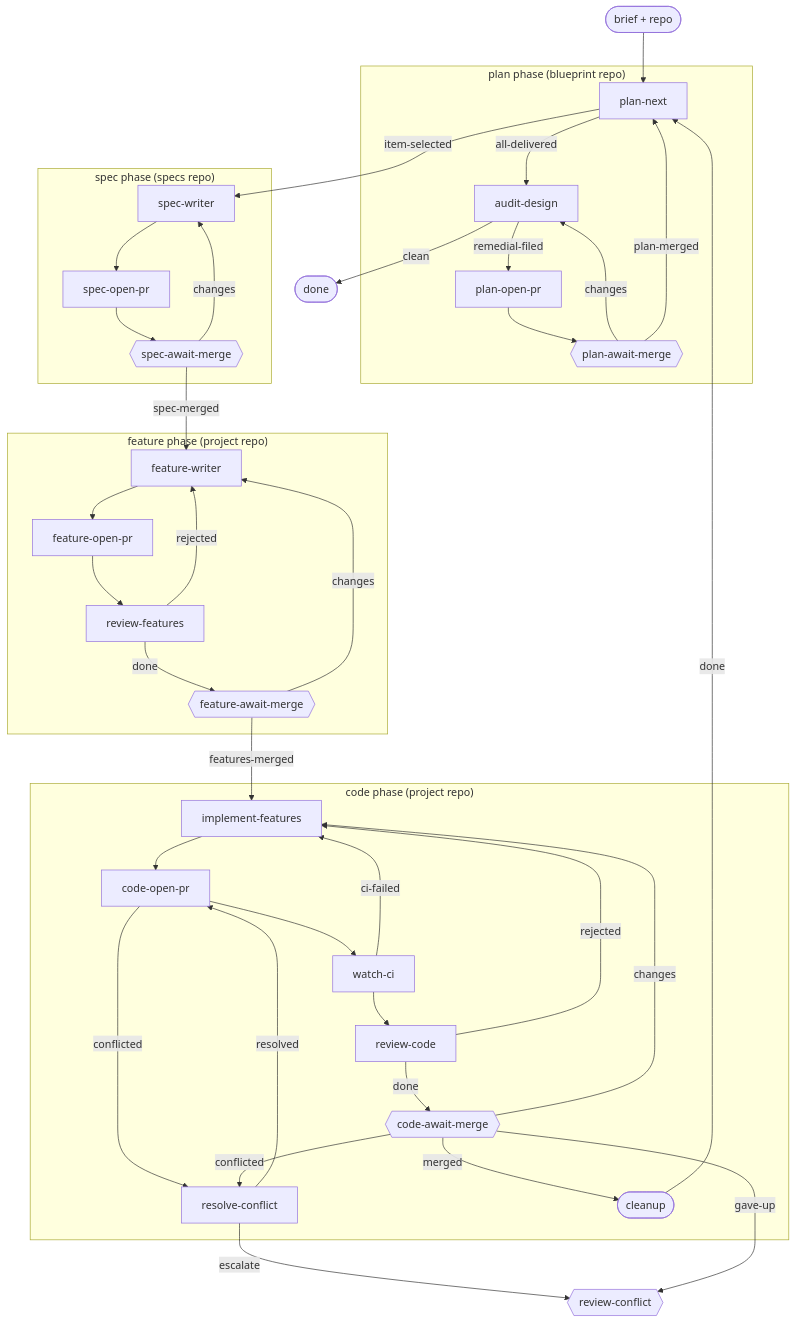
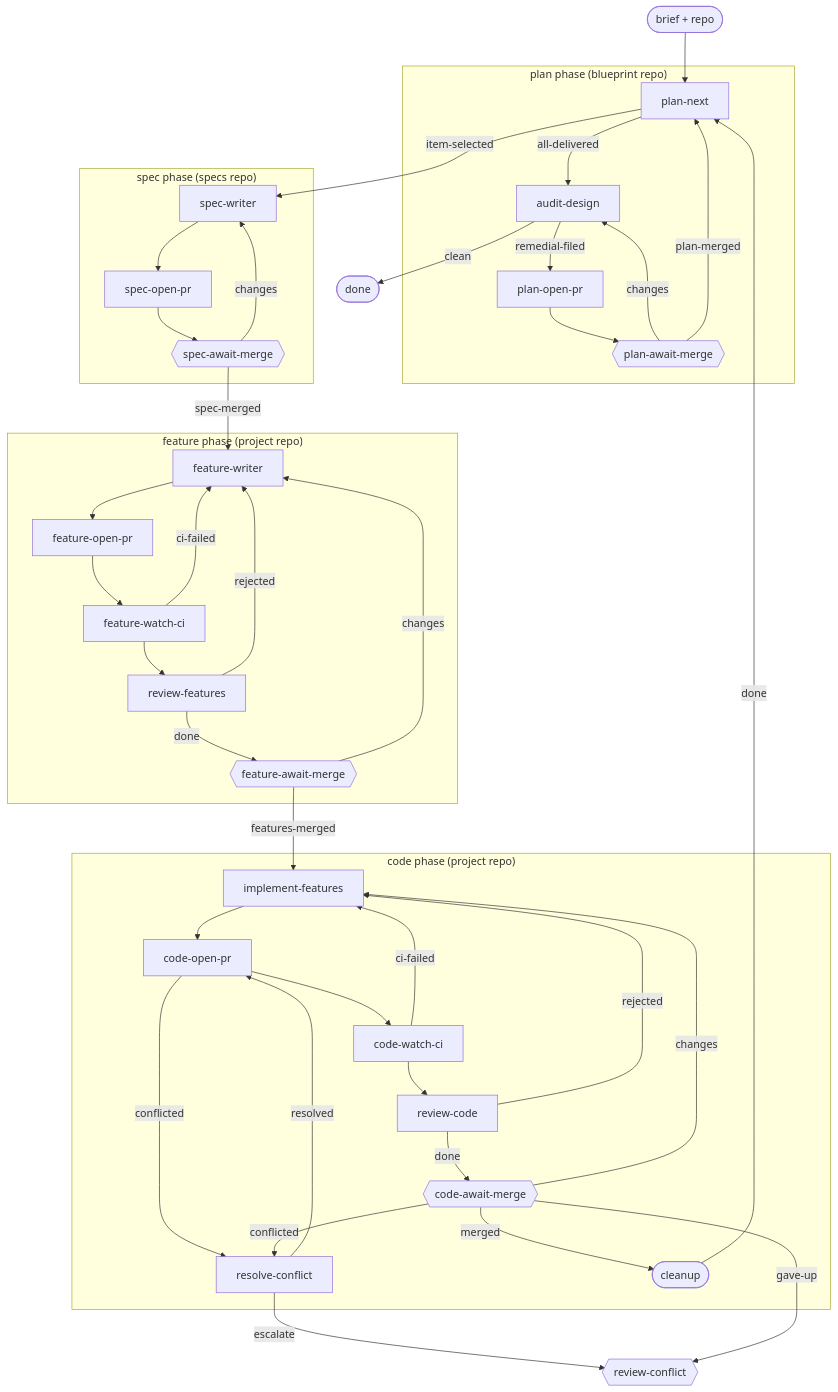
The diagram in docs/blueprint-delivery.md (kenmclennan/flynns-workflows), drawn with Mermaid before and after one commit. The commit also changed other lines of this file and 6 other files, not shown here.

````diff
--- a/docs/blueprint-delivery.md
+++ b/docs/blueprint-delivery.md
@@ -15,39 +15,40 @@
 ```mermaid
 flowchart TD
     brief(["brief + repo"]) --> PN
     PN -->|item-selected| SW["spec-writer"]
     subgraph S ["spec phase (specs repo)"]
         SW --> SOP["spec-open-pr"] --> SAM{{"spec-await-merge"}}
         SAM -->|changes| SW
     end
     SAM -->|spec-merged| FW["feature-writer"]
     subgraph F ["feature phase (project repo)"]
-        FW --> FOP["feature-open-pr"] --> RF["review-features"]
+        FW --> FOP["feature-open-pr"] --> FCI["feature-watch-ci"] --> RF["review-features"]
+        FCI -->|ci-failed| FW
         RF -->|rejected| FW
         RF -->|done| FAM{{"feature-await-merge"}}
         FAM -->|changes| FW
     end
     FAM -->|features-merged| IF["implement-features"]
     subgraph C ["code phase (project repo)"]
-        IF --> COP["code-open-pr"] --> WCI["watch-ci"] --> RC["review-code"]
+        IF --> COP["code-open-pr"] --> WCI["code-watch-ci"] --> RC["review-code"]
         WCI -->|ci-failed| IF
         RC -->|rejected| IF
         RC -->|done| CAM{{"code-await-merge"}}
         CAM -->|changes| IF
         COP -->|conflicted| RCF["resolve-conflict"]
         CAM -->|conflicted| RCF
         RCF -->|resolved| COP
         CAM -->|merged| CU(["cleanup"])
     end
     RCF -->|escalate| RCON{{"review-conflict"}}
     CAM -->|gave-up| RCON
     CU -->|done| PN
     subgraph P ["plan phase (blueprint repo)"]
         PN["plan-next"]
         PN -->|all-delivered| AD["audit-design"]
         AD -->|remedial-filed| POP["plan-open-pr"] --> PAM{{"plan-await-merge"}}
         PAM -->|changes| AD
     end
     PAM -->|plan-merged| PN
     AD -->|clean| DONE(["done"])
 ```
````
